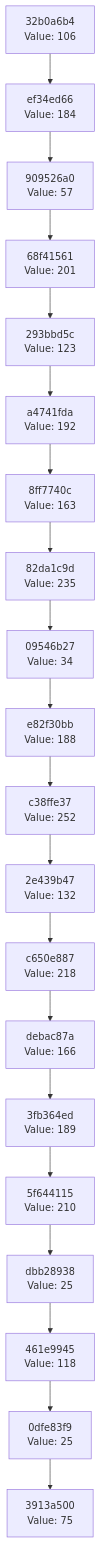
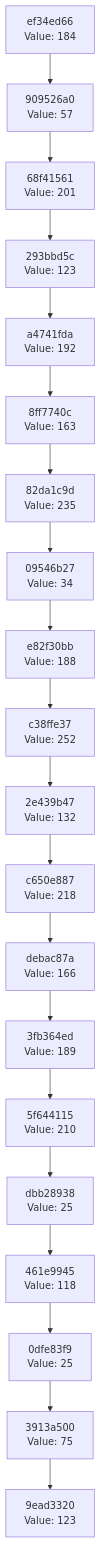
The diagram in docs/CHAIN_VISUALIZATION.md (Abhisheksinha1506/hash-chain-evolver), drawn with Mermaid before and after one commit. The commit also changed 1 other file, not shown here.

Commit message:
Evolution step: hash 0x7B → action executed

````diff
--- a/docs/CHAIN_VISUALIZATION.md
+++ b/docs/CHAIN_VISUALIZATION.md
@@ -3,42 +3,42 @@
 ```mermaid
 graph TD
-    C0["3913a500<br/>Value: 75"]
-    C1["0dfe83f9<br/>Value: 25"]
+    C0["9ead3320<br/>Value: 123"]
+    C1["3913a500<br/>Value: 75"]
     C1 --> C0
-    C2["461e9945<br/>Value: 118"]
+    C2["0dfe83f9<br/>Value: 25"]
     C2 --> C1
-    C3["dbb28938<br/>Value: 25"]
+    C3["461e9945<br/>Value: 118"]
     C3 --> C2
-    C4["5f644115<br/>Value: 210"]
+    C4["dbb28938<br/>Value: 25"]
     C4 --> C3
-    C5["3fb364ed<br/>Value: 189"]
+    C5["5f644115<br/>Value: 210"]
     C5 --> C4
-    C6["debac87a<br/>Value: 166"]
+    C6["3fb364ed<br/>Value: 189"]
     C6 --> C5
-    C7["c650e887<br/>Value: 218"]
+    C7["debac87a<br/>Value: 166"]
     C7 --> C6
-    C8["2e439b47<br/>Value: 132"]
+    C8["c650e887<br/>Value: 218"]
     C8 --> C7
-    C9["c38ffe37<br/>Value: 252"]
+    C9["2e439b47<br/>Value: 132"]
     C9 --> C8
-    C10["e82f30bb<br/>Value: 188"]
+    C10["c38ffe37<br/>Value: 252"]
     C10 --> C9
-    C11["09546b27<br/>Value: 34"]
+    C11["e82f30bb<br/>Value: 188"]
     C11 --> C10
-    C12["82da1c9d<br/>Value: 235"]
+    C12["09546b27<br/>Value: 34"]
     C12 --> C11
-    C13["8ff7740c<br/>Value: 163"]
+    C13["82da1c9d<br/>Value: 235"]
     C13 --> C12
-    C14["a4741fda<br/>Value: 192"]
+    C14["8ff7740c<br/>Value: 163"]
     C14 --> C13
-    C15["293bbd5c<br/>Value: 123"]
+    C15["a4741fda<br/>Value: 192"]
     C15 --> C14
-    C16["68f41561<br/>Value: 201"]
+    C16["293bbd5c<br/>Value: 123"]
     C16 --> C15
-    C17["909526a0<br/>Value: 57"]
+    C17["68f41561<br/>Value: 201"]
     C17 --> C16
-    C18["ef34ed66<br/>Value: 184"]
+    C18["909526a0<br/>Value: 57"]
     C18 --> C17
-    C19["32b0a6b4<br/>Value: 106"]
+    C19["ef34ed66<br/>Value: 184"]
     C19 --> C18
 ```
````
